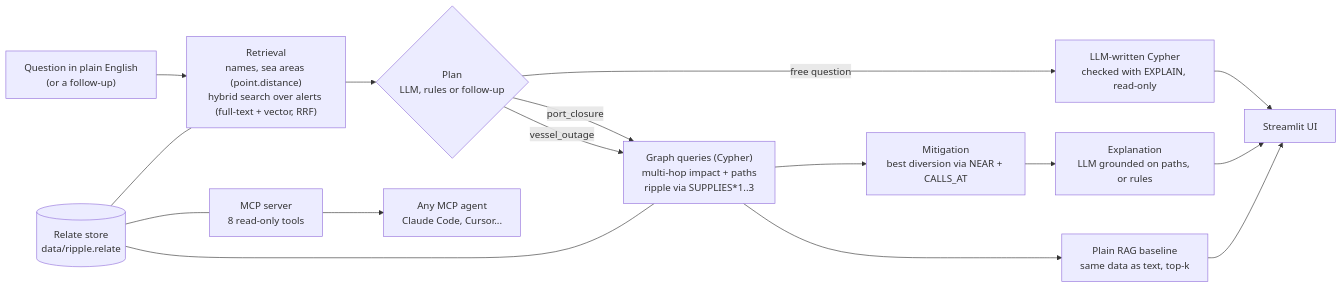
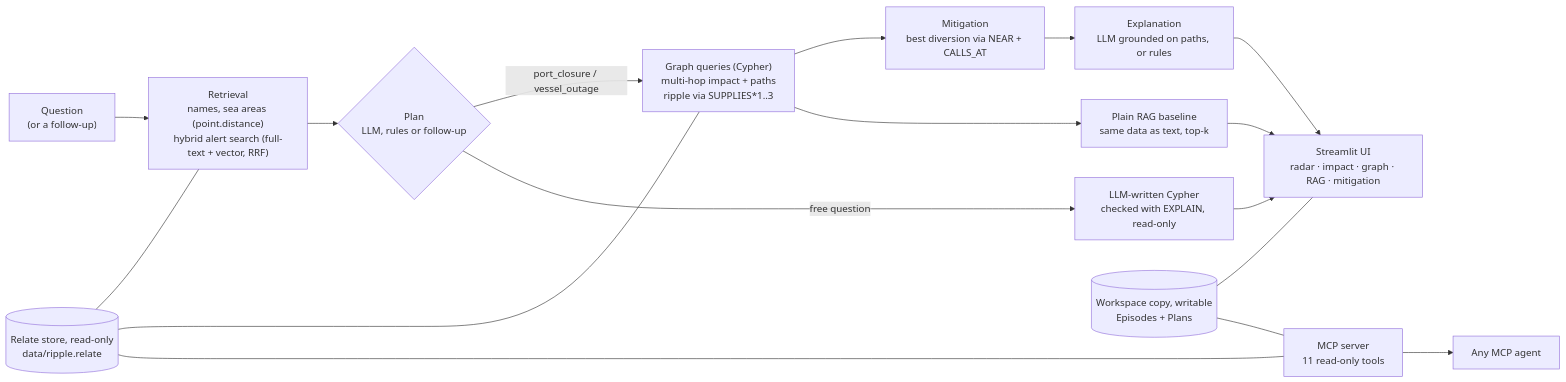
The first of 2 diagrams in README.md (tballochi/ripple-supply-chain-agent), drawn with Mermaid before and after one commit. The commit also changed other lines of this file, not shown here.

````diff
--- a/README.md
+++ b/README.md
@@ -87,18 +119,19 @@
 ```mermaid
 flowchart LR
-    Q["Question in plain English<br/>(or a follow-up)"] --> R["Retrieval<br/>names, sea areas (point.distance)<br/>hybrid search over alerts (full-text + vector, RRF)"]
+    Q["Question<br/>(or a follow-up)"] --> R["Retrieval<br/>names, sea areas (point.distance)<br/>hybrid alert search (full-text + vector, RRF)"]
     R --> P{"Plan<br/>LLM, rules or follow-up"}
-    P -->|port_closure| G["Graph queries (Cypher)<br/>multi-hop impact + paths<br/>ripple via SUPPLIES*1..3"]
-    P -->|vessel_outage| G
+    P -->|port_closure / vessel_outage| G["Graph queries (Cypher)<br/>multi-hop impact + paths<br/>ripple via SUPPLIES*1..3"]
     P -->|free question| L["LLM-written Cypher<br/>checked with EXPLAIN, read-only"]
-    L --> UI
     G --> M["Mitigation<br/>best diversion via NEAR + CALLS_AT"]
     M --> E["Explanation<br/>LLM grounded on paths, or rules"]
-    E --> UI["Streamlit UI"]
     G --> B["Plain RAG baseline<br/>same data as text, top-k"]
+    E --> UI["Streamlit UI<br/>radar · impact · graph · RAG · mitigation"]
     B --> UI
-    DB[("Relate store<br/>data/ripple.relate")] --- R
+    L --> UI
+    DB[("Relate store, read-only<br/>data/ripple.relate")] --- R
     DB --- G
-    DB --- MCP["MCP server<br/>8 read-only tools"]
-    MCP --> A["Any MCP agent<br/>Claude Code, Cursor..."]
+    WS[("Workspace copy, writable<br/>Episodes + Plans")] --- UI
+    DB --- MCP["MCP server<br/>11 read-only tools"]
+    WS --- MCP
+    MCP --> A["Any MCP agent"]
 ```
````
